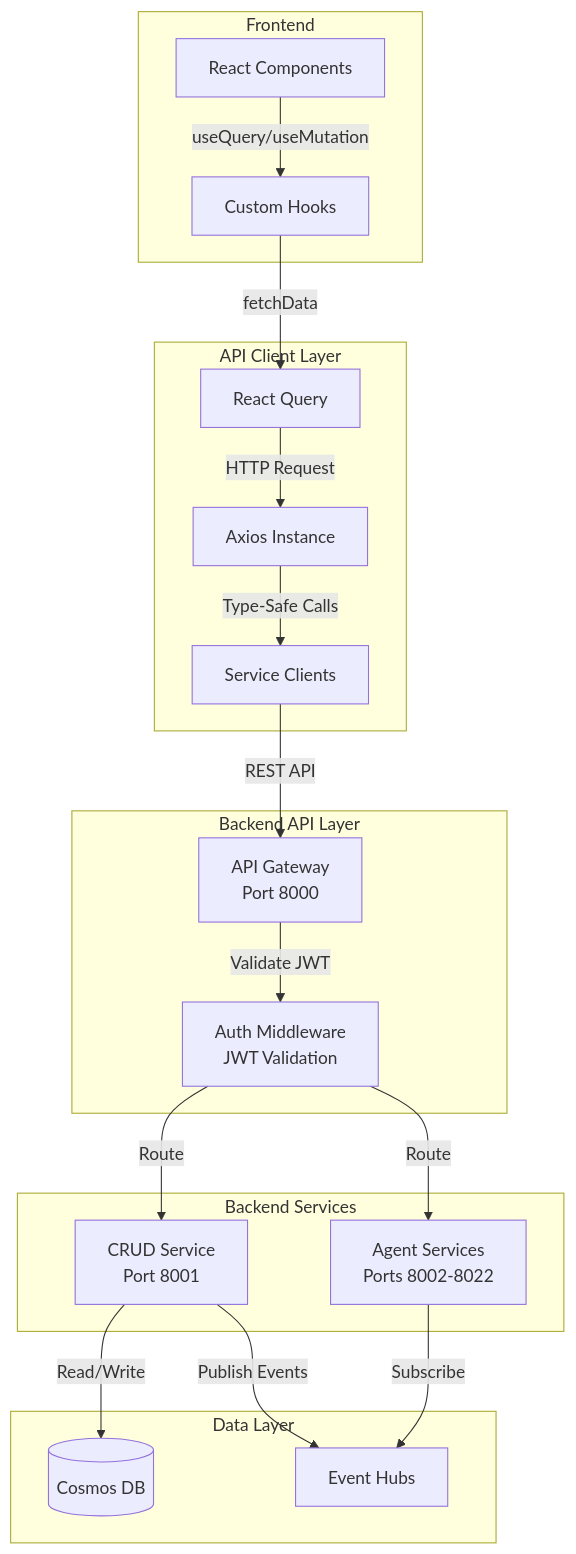
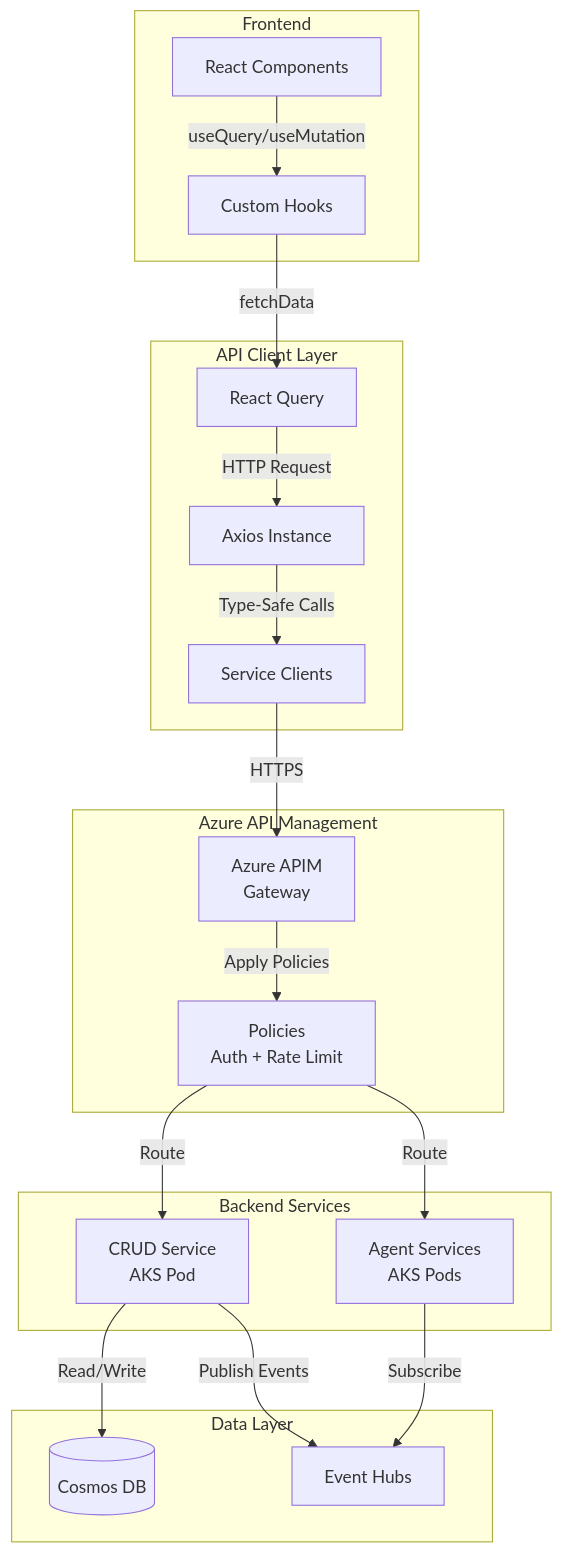
Before and after one commit to Azure-Samples/holiday-peak-hub: the fourth of 13 diagrams in docs/backend_plan.md, drawn with Mermaid. The commit also changed other lines of this file and 4 other files, not shown here.

````diff
--- a/docs/backend_plan.md
+++ b/docs/backend_plan.md
@@ -1096,40 +1655,40 @@
 ```mermaid
 graph TB
     subgraph "Frontend"
         ReactComponents[React Components]
         CustomHooks[Custom Hooks]
     end
     
     subgraph "API Client Layer"
         ReactQuery[React Query]
         AxiosInstance[Axios Instance]
         ServiceClients[Service Clients]
     end
     
-    subgraph "Backend API Layer"
-        APIGateway[API Gateway<br/>Port 8000]
-        AuthMiddleware[Auth Middleware<br/>JWT Validation]
+    subgraph "Azure API Management"
+        APIM[Azure APIM<br/>Gateway]
+        Policies[Policies<br/>Auth + Rate Limit]
     end
     
     subgraph "Backend Services"
-        CRUDService[CRUD Service<br/>Port 8001]
-        AgentServices[Agent Services<br/>Ports 8002-8022]
+        CRUDService[CRUD Service<br/>AKS Pod]
+        AgentServices[Agent Services<br/>AKS Pods]
     end
     
     subgraph "Data Layer"
         CosmosDB[(Cosmos DB)]
         EventHubs[Event Hubs]
     end
     
     ReactComponents -->|useQuery/useMutation| CustomHooks
     CustomHooks -->|fetchData| ReactQuery
     ReactQuery -->|HTTP Request| AxiosInstance
     AxiosInstance -->|Type-Safe Calls| ServiceClients
-    ServiceClients -->|REST API| APIGateway
-    APIGateway -->|Validate JWT| AuthMiddleware
-    AuthMiddleware -->|Route| CRUDService
-    AuthMiddleware -->|Route| AgentServices
+    ServiceClients -->|HTTPS| APIM
+    APIM -->|Apply Policies| Policies
+    Policies -->|Route| CRUDService
+    Policies -->|Route| AgentServices
     CRUDService -->|Read/Write| CosmosDB
     CRUDService -->|Publish Events| EventHubs
     AgentServices -->|Subscribe| EventHubs
 ```
````
